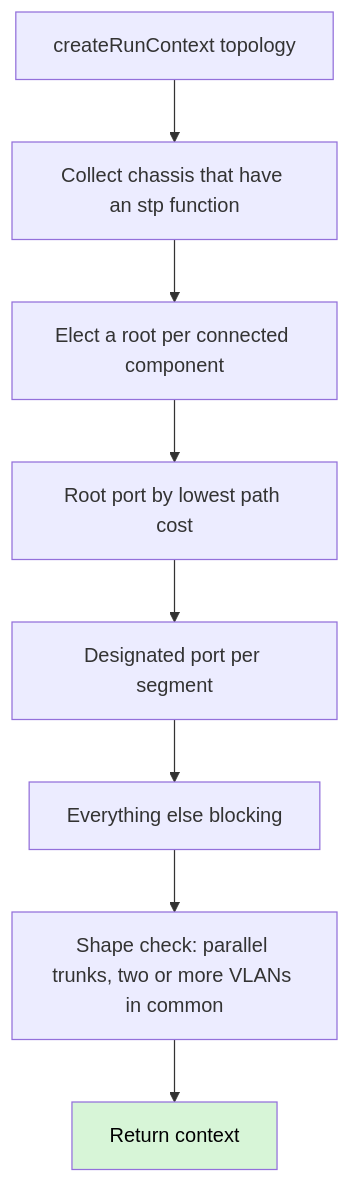
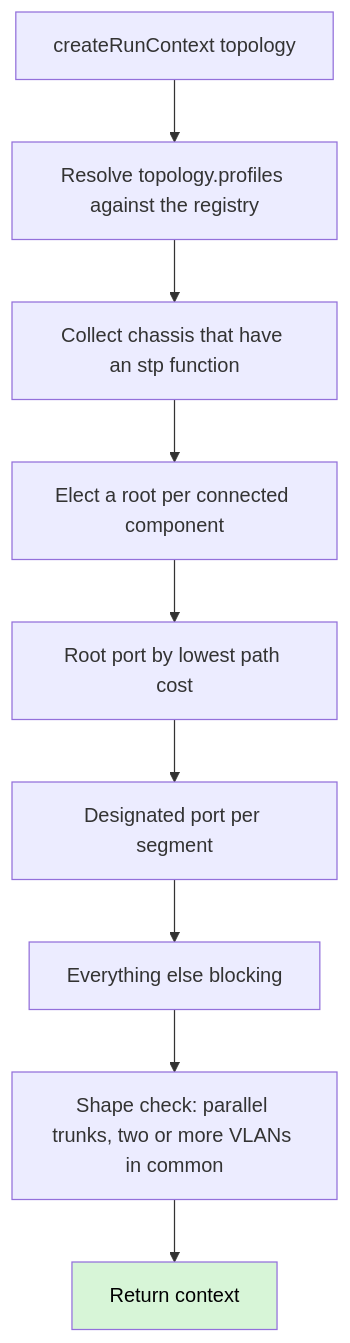
One commit to alanfong93/network-sandbox changed the second of 4 diagrams in docs/architecture.md. Above: the diagram before and after it, drawn with Mermaid. The commit also changed other lines of this file and 7 other files, not shown here.

Commit message:
feat: profile schema, loader, and versioning (#138) (#139)

````diff
--- a/docs/architecture.md
+++ b/docs/architecture.md
@@ -117,11 +121,12 @@
 ```mermaid
 flowchart TD
-    A[createRunContext topology] --> B[Collect chassis that have an stp function]
+    A[createRunContext topology] --> P[Resolve topology.profiles against the registry]
+    P --> B[Collect chassis that have an stp function]
     B --> C[Elect a root per connected component]
     C --> D[Root port by lowest path cost]
     D --> E[Designated port per segment]
     E --> F[Everything else blocking]
     F --> G[Shape check: parallel trunks, two or more VLANs in common]
     G --> H[Return context]
     style H fill:#d7f5d7,color:#000
 ```
````
